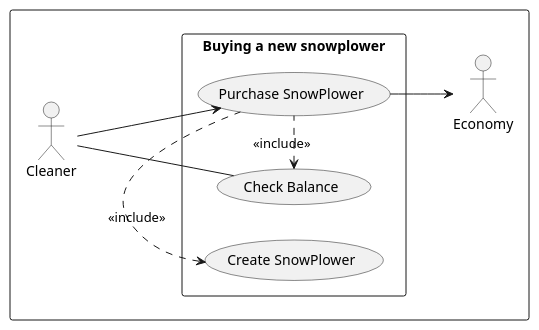
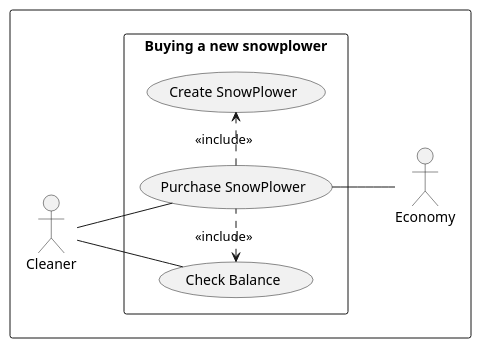
The diagram in UML/5. beadandó/Use-case diagram/buySnowPlow.puml (MiklosBacsi/Hokotro), drawn with PlantUML before and after one commit. The commit also changed 4 other files, not shown here.

```diff
--- a/UML/5. beadandó/Use-case diagram/buySnowPlow.puml
+++ b/UML/5. beadandó/Use-case diagram/buySnowPlow.puml
@@ -1,21 +1,22 @@
 @startuml
 rectangle {
 left to right direction
+
 
 actor Cleaner as C
 actor Economy as E
 
 rectangle "Buying a new snowplower" {
     (Purchase SnowPlower)   as ps
     (Check Balance)   as cb
     (Create SnowPlower) as cs
 
     ps .left.> cb : <<include>>
-    ps .left.> cs : <<include>>
+    ps .right.> cs : <<include>>
 }
 
-C --> ps
-ps -down-> E
+C -- ps
+ps -down- E
 C -- cb
 }
 @enduml
```
